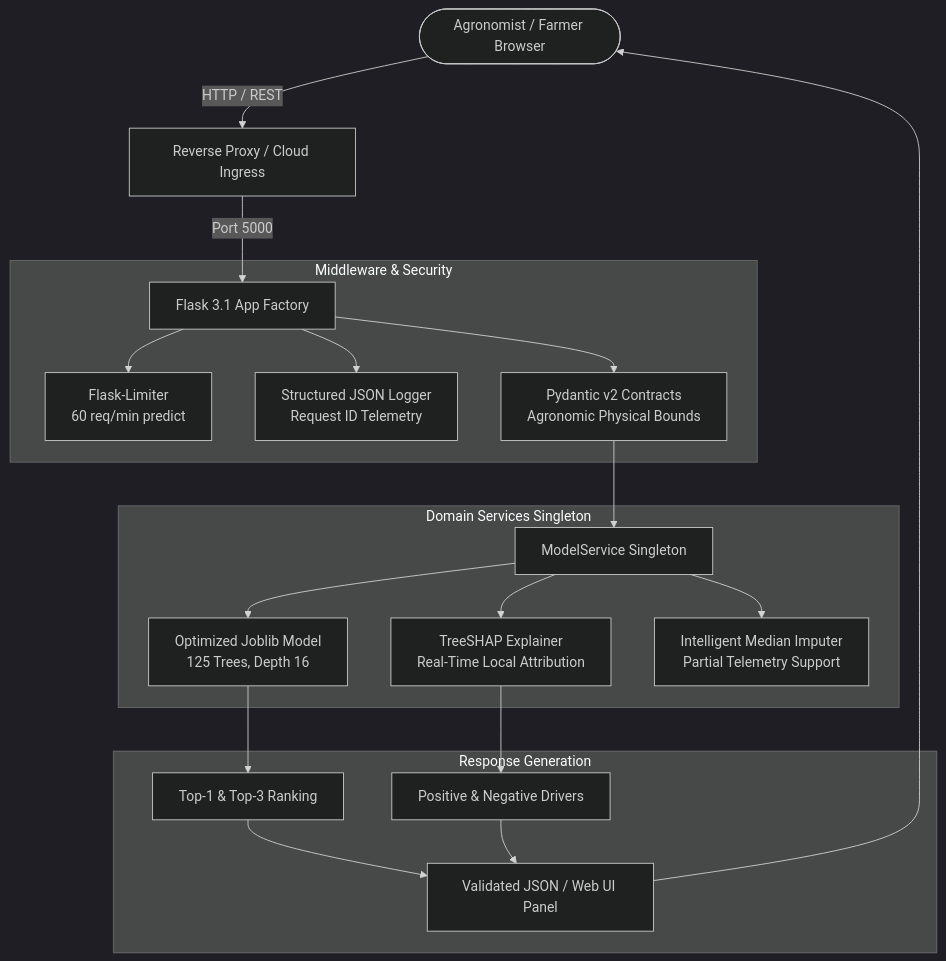
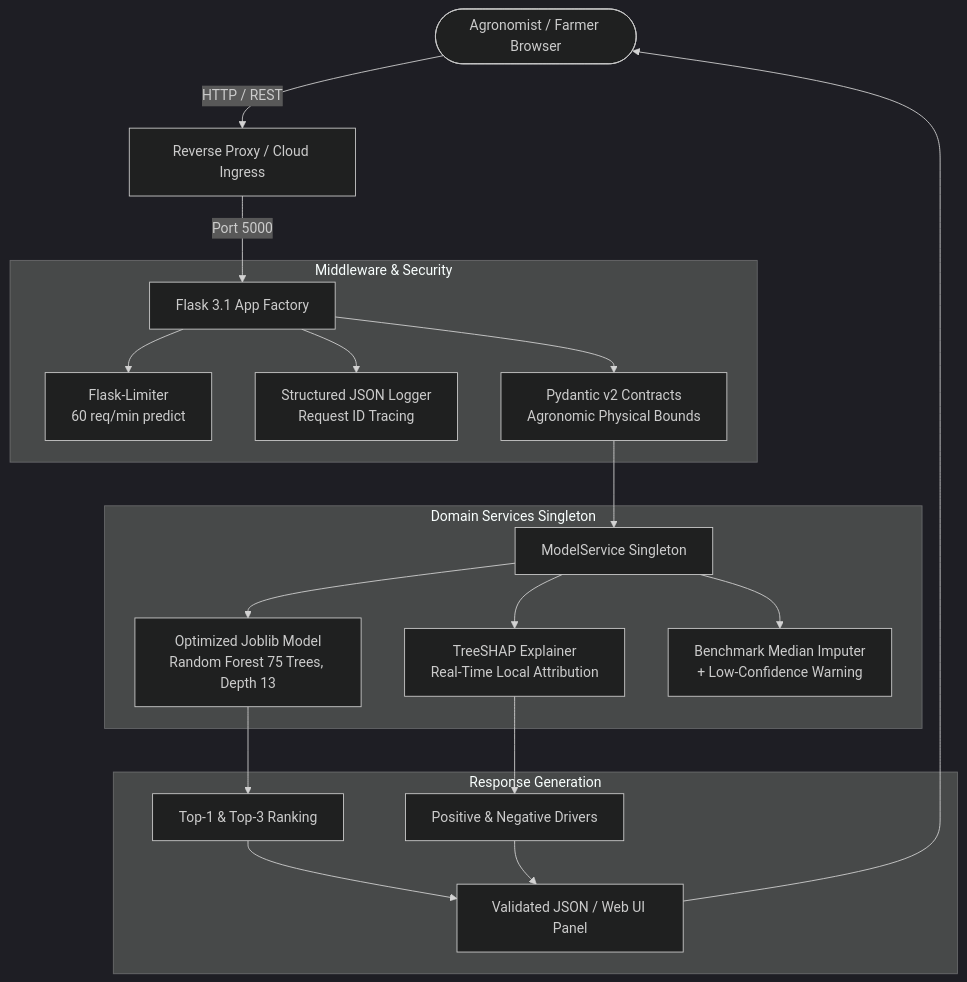
One commit to lazycoder52/fertilizer changed the diagram in README.md. Above: the diagram before and after it, drawn with Mermaid (dark theme). The commit also changed other lines of this file and 25 other files, not shown here.

````diff
--- a/README.md
+++ b/README.md
@@ -19,27 +22,27 @@
 ```mermaid
 graph TD
-    User([Agronomist / Farmer Browser]) -->|HTTP / REST| NGINX[Reverse Proxy / Cloud Ingress]
-    NGINX -->|Port 5000| Flask[Flask 3.1 App Factory]
+    User([Agronomist / Farmer Browser]) -->|HTTP / REST| Ingress[Reverse Proxy / Cloud Ingress]
+    Ingress -->|Port 5000| Flask[Flask 3.1 App Factory]
     
     subgraph Middleware & Security
         Flask --> Limiter[Flask-Limiter\n60 req/min predict]
-        Flask --> Logger[Structured JSON Logger\nRequest ID Telemetry]
+        Flask --> Logger[Structured JSON Logger\nRequest ID Tracing]
         Flask --> Pydantic[Pydantic v2 Contracts\nAgronomic Physical Bounds]
     end
     
     subgraph Domain Services Singleton
         Pydantic --> ModelService[ModelService Singleton]
-        ModelService --> Joblib[Optimized Joblib Model\n125 Trees, Depth 16]
+        ModelService --> Joblib[Optimized Joblib Model\nRandom Forest 75 Trees, Depth 13]
         ModelService --> TreeSHAP[TreeSHAP Explainer\nReal-Time Local Attribution]
-        ModelService --> Imputer[Intelligent Median Imputer\nPartial Telemetry Support]
+        ModelService --> Imputer[Benchmark Median Imputer\n+ Low-Confidence Warning]
     end
     
     subgraph Response Generation
         Joblib --> RecOutput[Top-1 & Top-3 Ranking]
         TreeSHAP --> Drivers[Positive & Negative Drivers]
         RecOutput --> JSONResponse[Validated JSON / Web UI Panel]
         Drivers --> JSONResponse
     end
     
     JSONResponse --> User
 ```
````
